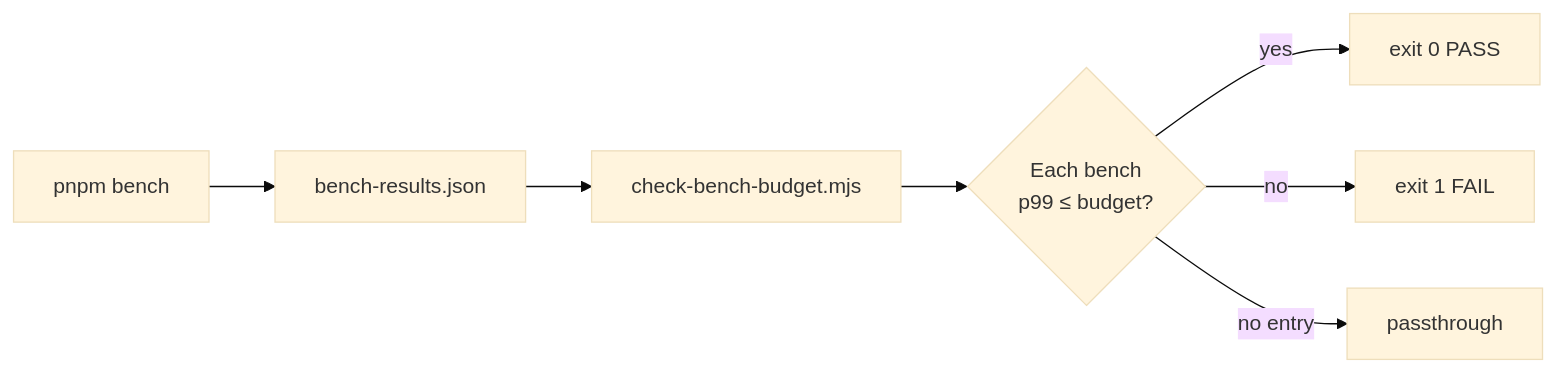
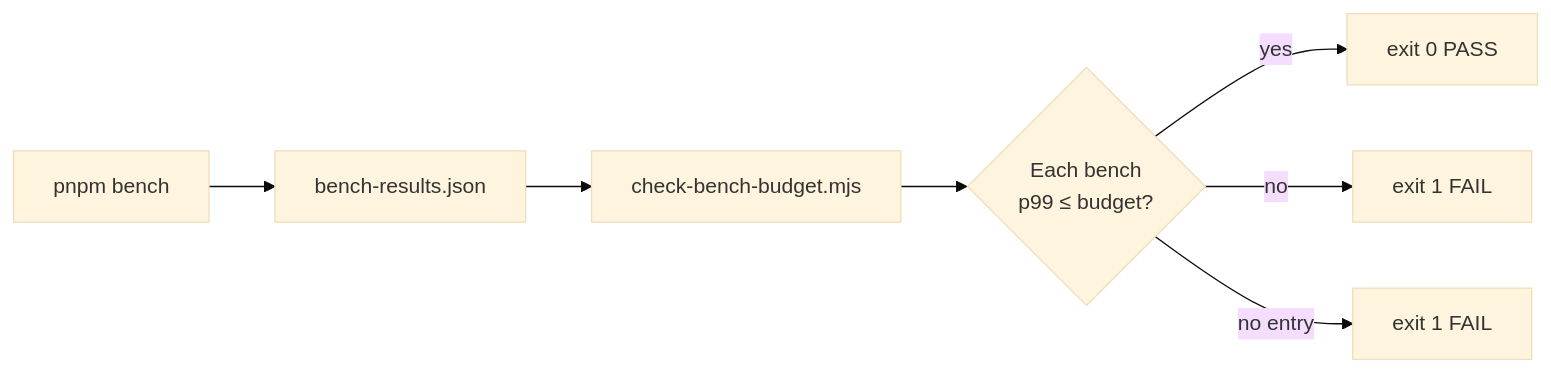
One commit to SakuraPuare/apollo-map-studio changed the diagram in docs/en/reference/benchmark-budgets.md. Above: the diagram before and after it, drawn with Mermaid (base theme). The commit also changed other lines of this file and 9 other files, not shown here.

````diff
--- a/docs/en/reference/benchmark-budgets.md
+++ b/docs/en/reference/benchmark-budgets.md
@@ -32,9 +32,9 @@
 ```mermaid
 flowchart LR
   A[pnpm bench] --> B[bench-results.json]
   B --> C[check-bench-budget.mjs]
   C --> D{Each bench<br/>p99 ≤ budget?}
   D -- yes --> E[exit 0 PASS]
   D -- no --> F[exit 1 FAIL]
-  D -- no entry --> G[passthrough]
+  D -- no entry --> G[exit 1 FAIL]
 ```
````
